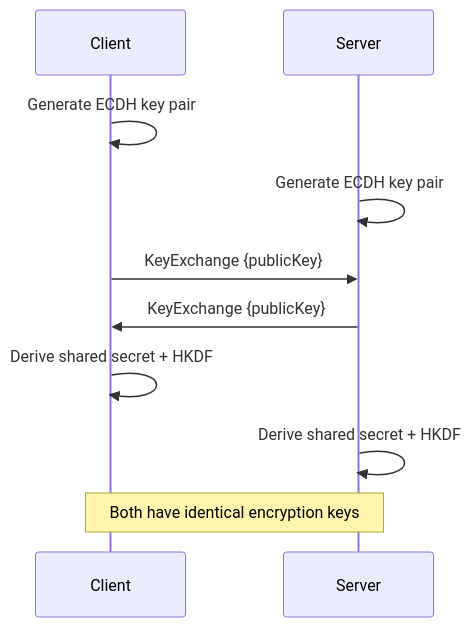
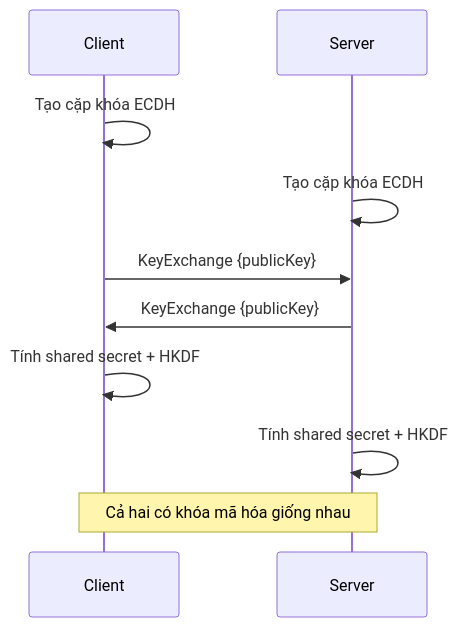
Before and after one commit to QuocVinhTrinhLam/SecureChat-System: the fourth of 6 diagrams in docs/ARCHITECTURE.md, drawn with Mermaid. The commit also changed other lines of this file and 2 other files, not shown here.

````diff
--- a/docs/ARCHITECTURE.md
+++ b/docs/ARCHITECTURE.md
@@ -112,13 +112,13 @@
 ```mermaid
 sequenceDiagram
     participant C as Client
     participant S as Server
     
-    C->>C: Generate ECDH key pair
-    S->>S: Generate ECDH key pair
+    C->>C: Tạo cặp khóa ECDH
+    S->>S: Tạo cặp khóa ECDH
     C->>S: KeyExchange {publicKey}
     S->>C: KeyExchange {publicKey}
-    C->>C: Derive shared secret + HKDF
-    S->>S: Derive shared secret + HKDF
-    Note over C,S: Both have identical encryption keys
+    C->>C: Tính shared secret + HKDF
+    S->>S: Tính shared secret + HKDF
+    Note over C,S: Cả hai có khóa mã hóa giống nhau
 ```
````
